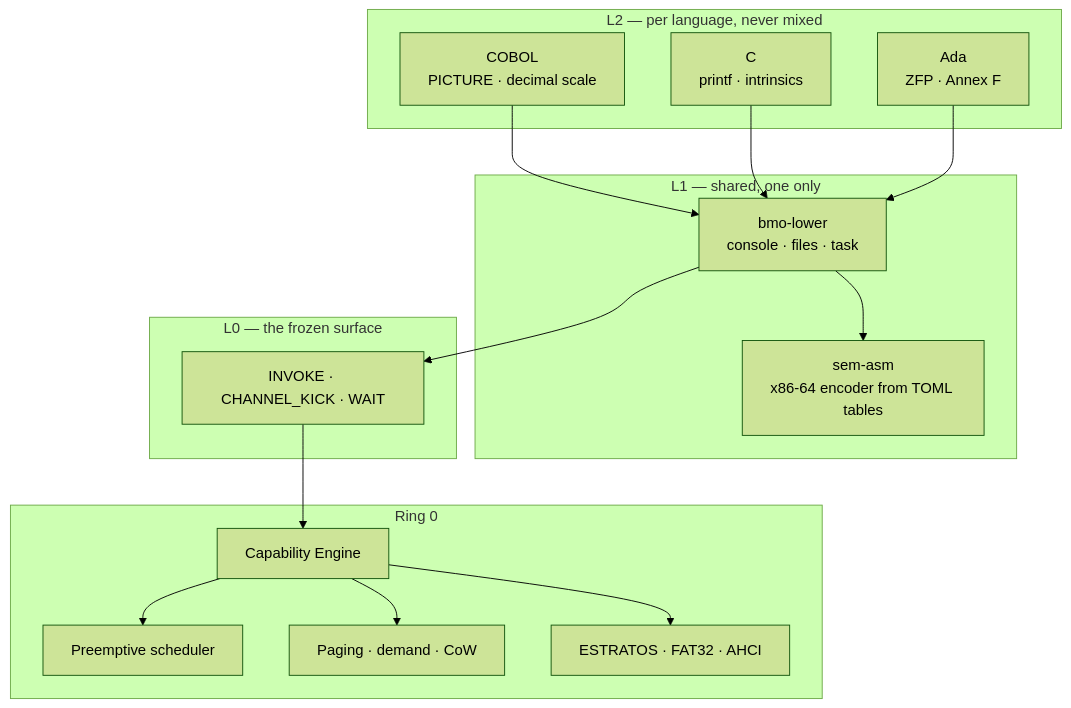
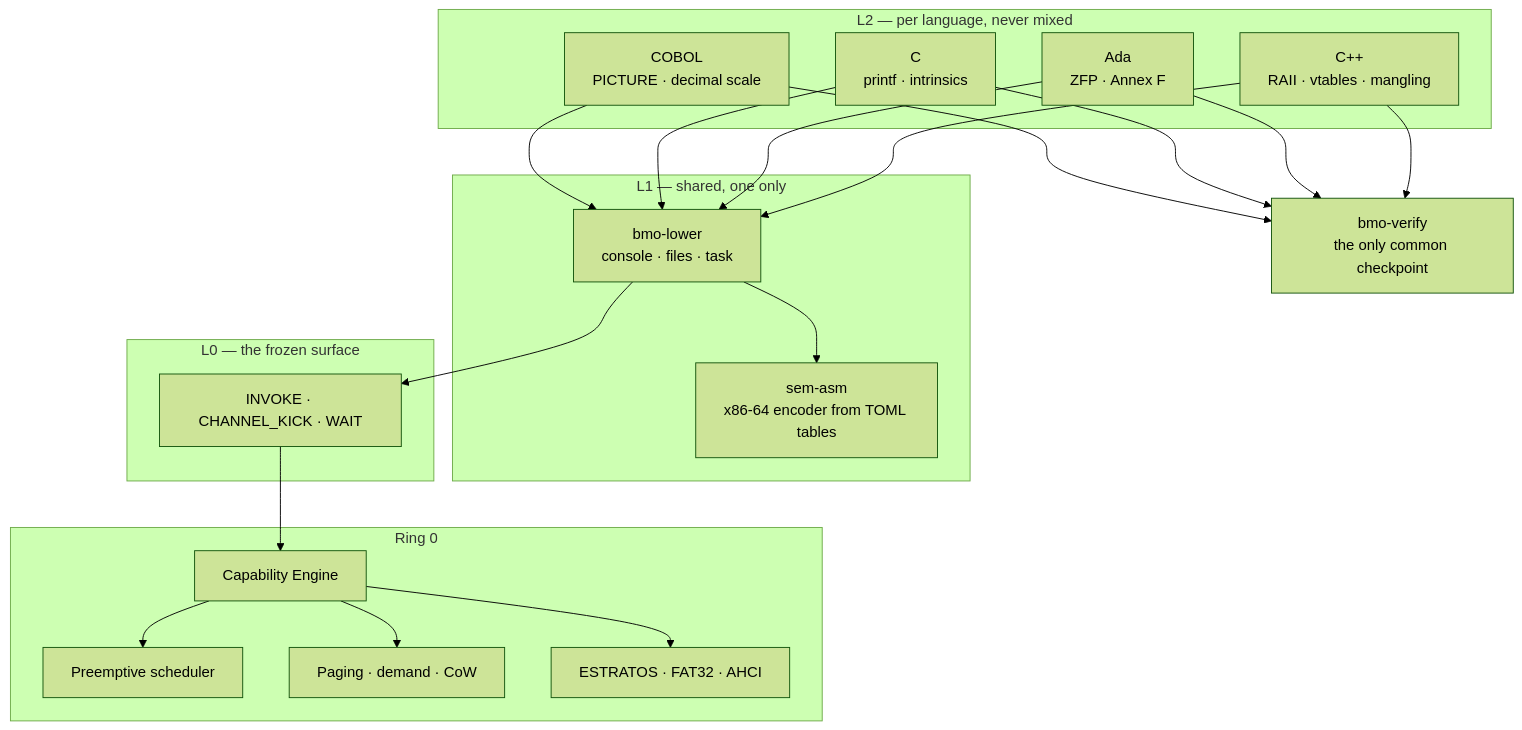
One commit to AndreeSalazar/BMO-X changed the diagram in README.md. Above: the diagram before and after it, drawn with Mermaid (forest theme). The commit also changed other lines of this file and 1 other file, not shown here.

````diff
--- a/README.md
+++ b/README.md
@@ -127,30 +132,37 @@
 ```mermaid
 graph TD
     subgraph L2["L2 — per language, never mixed"]
         COB["COBOL<br/>PICTURE · decimal scale"]
         C["C<br/>printf · intrinsics"]
         ADA["Ada<br/>ZFP · Annex F"]
+        CPP["C++<br/>RAII · vtables · mangling"]
     end
+    GATE["bmo-verify<br/>the only common checkpoint"]
     subgraph L1["L1 — shared, one only"]
         LOWER["bmo-lower<br/>console · files · task"]
         ASM["sem-asm<br/>x86-64 encoder from TOML tables"]
     end
     subgraph L0["L0 — the frozen surface"]
         SYS["INVOKE · CHANNEL_KICK · WAIT"]
     end
     subgraph K["Ring 0"]
         CAP["Capability Engine"]
         SCHED["Preemptive scheduler"]
         MM["Paging · demand · CoW"]
         FS["ESTRATOS · FAT32 · AHCI"]
     end
     COB --> LOWER
     C --> LOWER
     ADA --> LOWER
+    CPP --> LOWER
+    COB --> GATE
+    C --> GATE
+    ADA --> GATE
+    CPP --> GATE
     LOWER --> ASM
     LOWER --> SYS
     SYS --> CAP
     CAP --> SCHED
     CAP --> MM
     CAP --> FS
 ```
````
